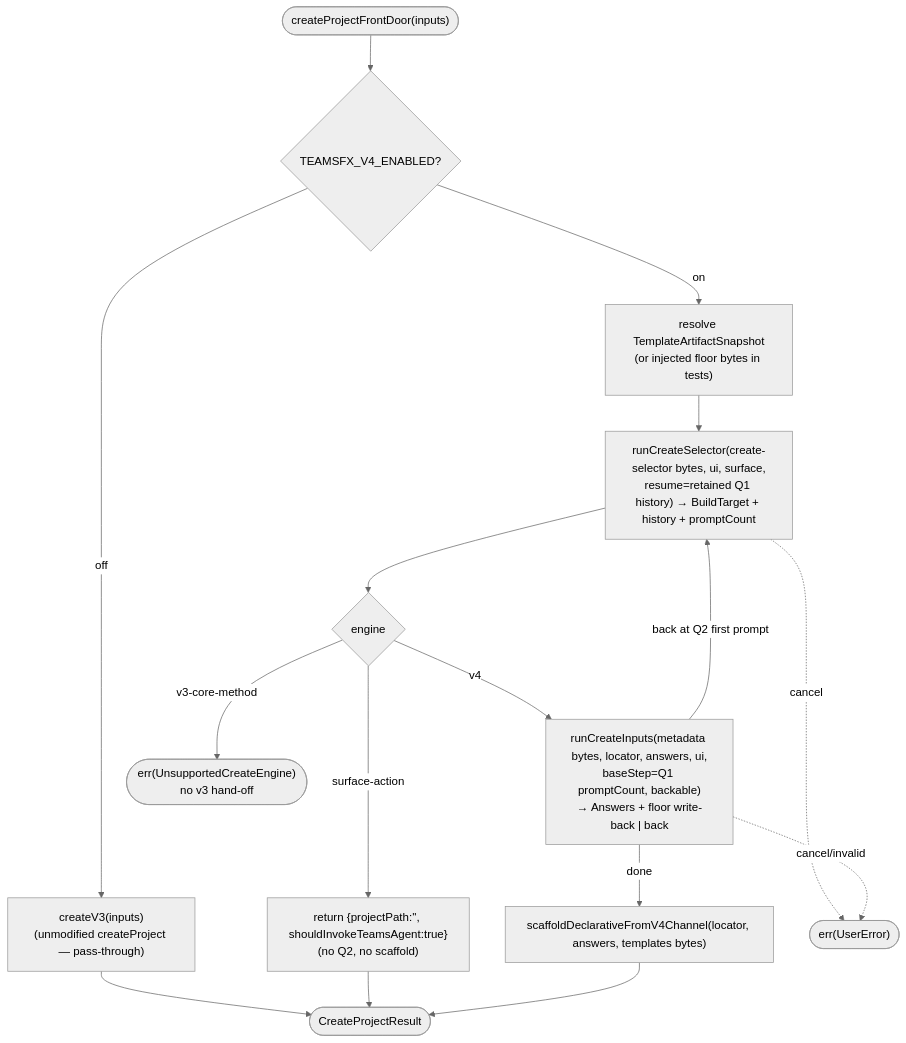
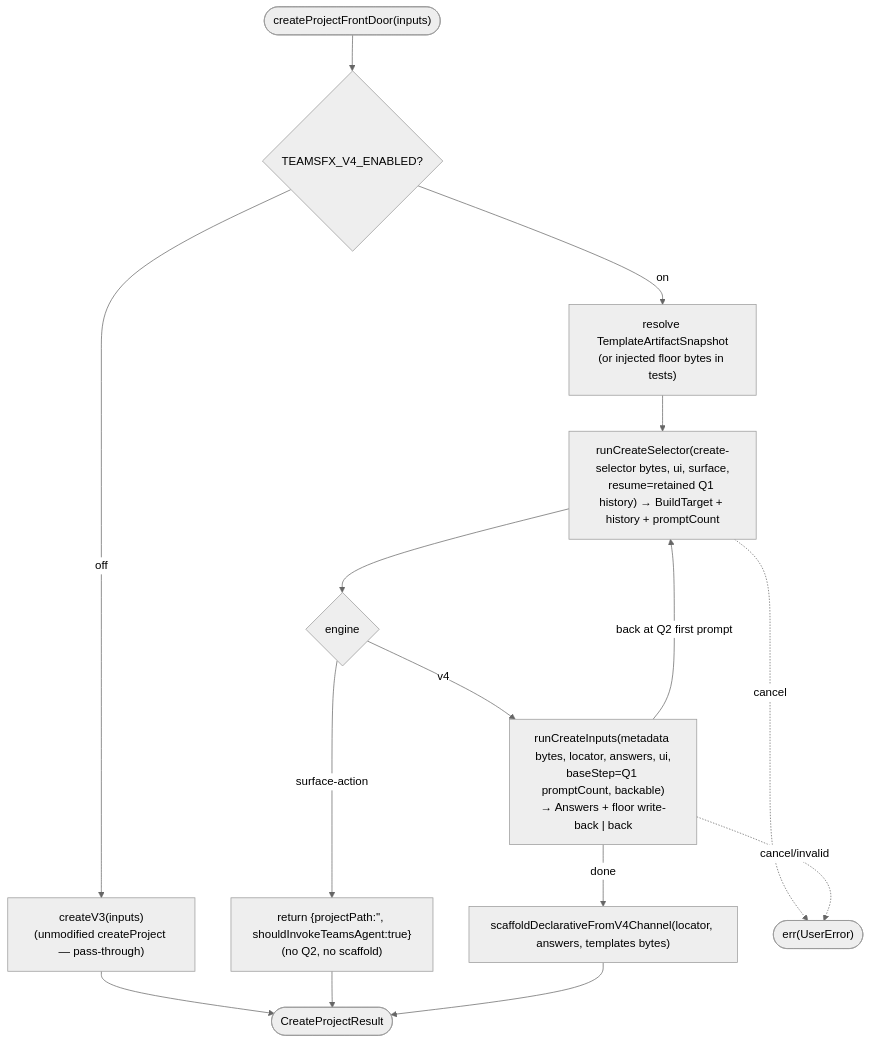
Before and after one commit to OfficeDev/Teams-Toolkit: the diagram in docs/03-specs/operations/scaffolding/dispatch-create-by-engine.md, drawn with Mermaid (neutral theme). The commit also changed other lines of this file and 17 other files, not shown here.

First line of the commit message:
refactor(fx-core): remove the v3-core-method dispatch engine

````diff
--- a/docs/03-specs/operations/scaffolding/dispatch-create-by-engine.md
+++ b/docs/03-specs/operations/scaffolding/dispatch-create-by-engine.md
@@ -123,15 +124,14 @@
 ```mermaid
 flowchart TD
   start(["createProjectFrontDoor(inputs)"]) --> flag{"TEAMSFX_V4_ENABLED?"}
   flag -- off --> v3pass["createV3(inputs)\n(unmodified createProject — pass-through)"] --> done(["CreateProjectResult"])
   flag -- on --> src["resolve TemplateArtifactSnapshot\n(or injected floor bytes in tests)"]
   src --> sel["runCreateSelector(create-selector bytes, ui, surface,\nresume=retained Q1 history) → BuildTarget + history + promptCount"]
   sel --> eng{"engine"}
   eng -- "surface-action" --> act["return {projectPath:'', shouldInvokeTeamsAgent:true}\n(no Q2, no scaffold)"] --> done
   eng -- "v4" --> q2v4["runCreateInputs(metadata bytes, locator, answers, ui,\nbaseStep=Q1 promptCount, backable)\n→ Answers + floor write-back | back"]
   q2v4 -- "back at Q2 first prompt" --> sel
   q2v4 -- "done" --> sc["scaffoldDeclarativeFromV4Channel(locator, answers, templates bytes)"] --> done
-  eng -- "v3-core-method" --> unsupported(["err(UnsupportedCreateEngine)\nno v3 hand-off"])
   sel -. cancel .-> e(["err(UserError)"])
   q2v4 -. cancel/invalid .-> e
 ```
````
